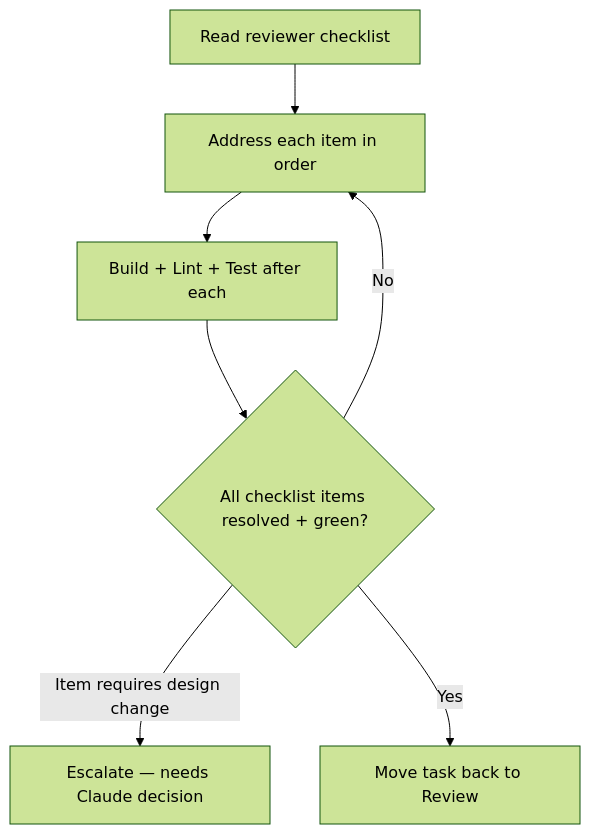
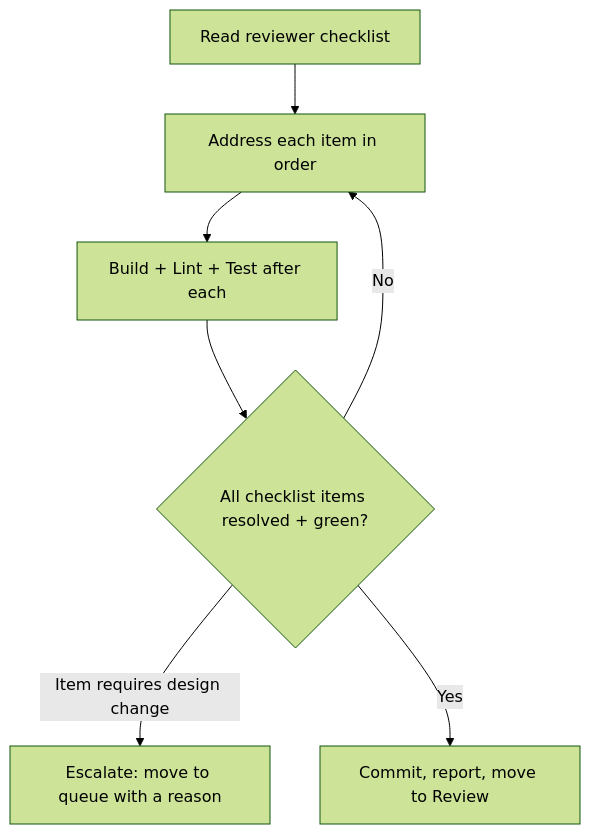
One commit to Vtquan123/strix changed the diagram in templates/executors/cline/.clinerules/workflows/review-fixes.md. Above: the diagram before and after it, drawn with Mermaid (forest theme). The commit also changed other lines of this file and 80 other files, not shown here.

````diff
--- a/templates/executors/cline/.clinerules/workflows/review-fixes.md
+++ b/templates/executors/cline/.clinerules/workflows/review-fixes.md
@@ -12,9 +12,9 @@
 ```mermaid
 flowchart TD
     A[Read reviewer checklist] --> B[Address each item in order]
     B --> C[Build + Lint + Test after each]
     C --> D{All checklist items resolved + green?}
     D -->|No| B
-    D -->|Item requires design change| ESC[Escalate — needs Claude decision]
-    D -->|Yes| E[Move task back to Review]
+    D -->|Item requires design change| ESC[Escalate: move to queue with a reason]
+    D -->|Yes| E[Commit, report, move to Review]
 ```
````
